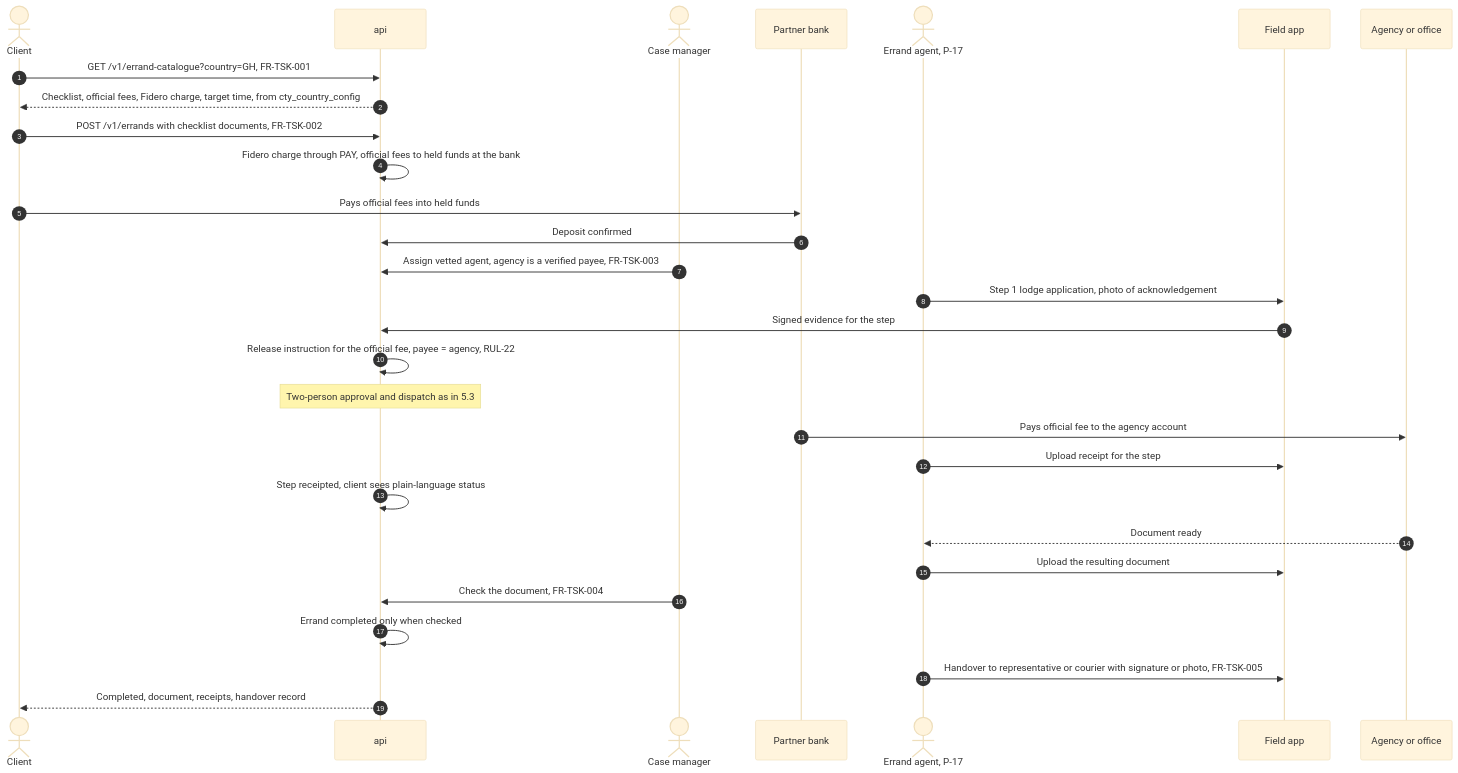
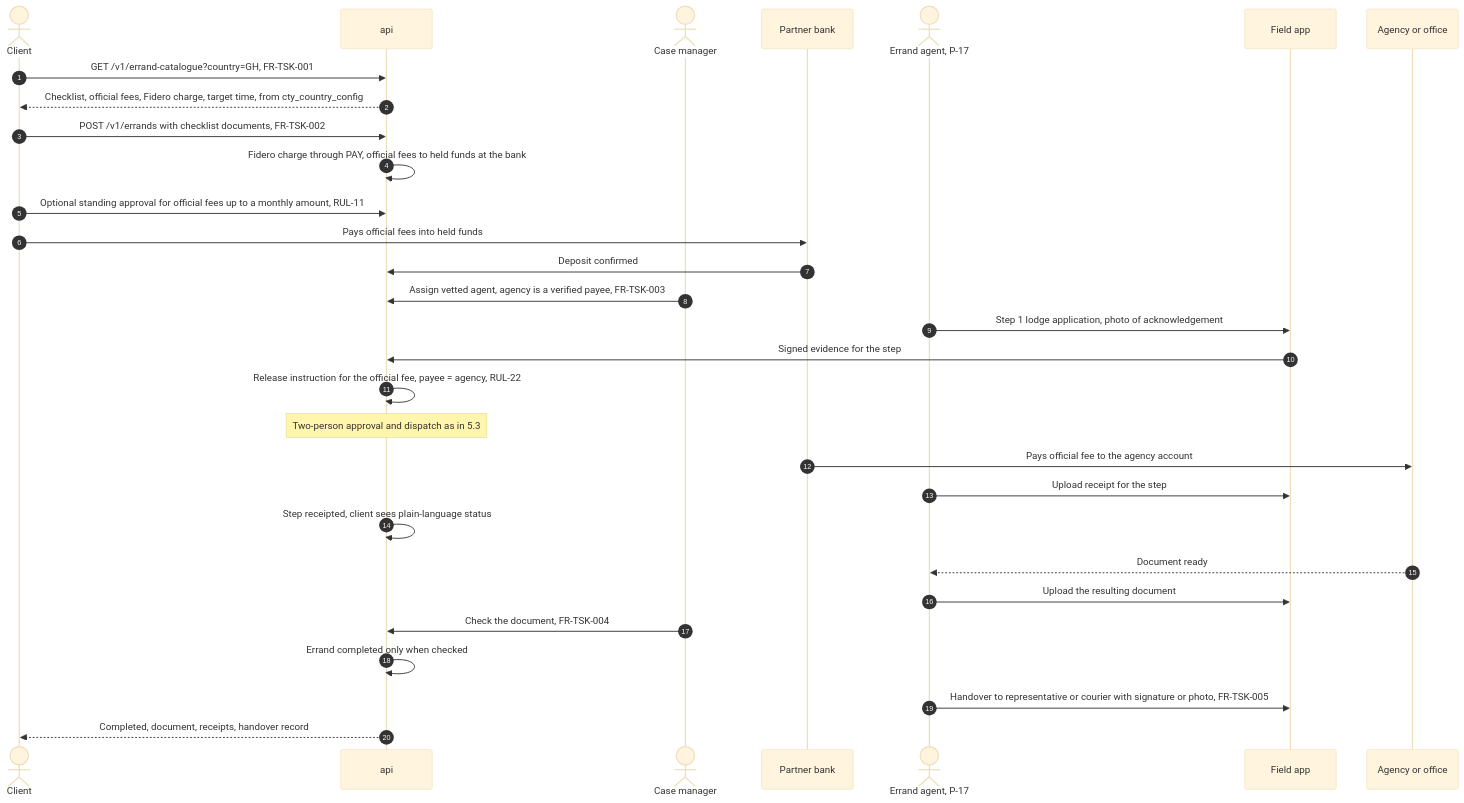
One commit to 1SteveMens/Fidero changed diagram 13 of 15 in docs/specs/02-architecture-and-technical-design.md. Above: the diagram before and after it, drawn with Mermaid (base theme). The commit also changed other lines of this file and 7 other files, not shown here.

````diff
--- a/docs/specs/02-architecture-and-technical-design.md
+++ b/docs/specs/02-architecture-and-technical-design.md
@@ -886,31 +893,32 @@
 ```mermaid
 sequenceDiagram
     autonumber
     actor Cl as Client
     participant A as api
     actor CM as Case manager
     participant B as Partner bank
     actor Ag as Errand agent, P-17
     participant App as Field app
     participant Gov as Agency or office
     Cl->>A: GET /v1/errand-catalogue?country=GH, FR-TSK-001
     A-->>Cl: Checklist, official fees, Fidero charge, target time, from cty_country_config
     Cl->>A: POST /v1/errands with checklist documents, FR-TSK-002
     A->>A: Fidero charge through PAY, official fees to held funds at the bank
+    Cl->>A: Optional standing approval for official fees up to a monthly amount, RUL-11
     Cl->>B: Pays official fees into held funds
     B->>A: Deposit confirmed
     CM->>A: Assign vetted agent, agency is a verified payee, FR-TSK-003
     Ag->>App: Step 1 lodge application, photo of acknowledgement
     App->>A: Signed evidence for the step
     A->>A: Release instruction for the official fee, payee = agency, RUL-22
     Note over A: Two-person approval and dispatch as in 5.3
     B->>Gov: Pays official fee to the agency account
     Ag->>App: Upload receipt for the step
     A->>A: Step receipted, client sees plain-language status
     Gov-->>Ag: Document ready
     Ag->>App: Upload the resulting document
     CM->>A: Check the document, FR-TSK-004
     A->>A: Errand completed only when checked
     Ag->>App: Handover to representative or courier with signature or photo, FR-TSK-005
     A-->>Cl: Completed, document, receipts, handover record
 ```
````
